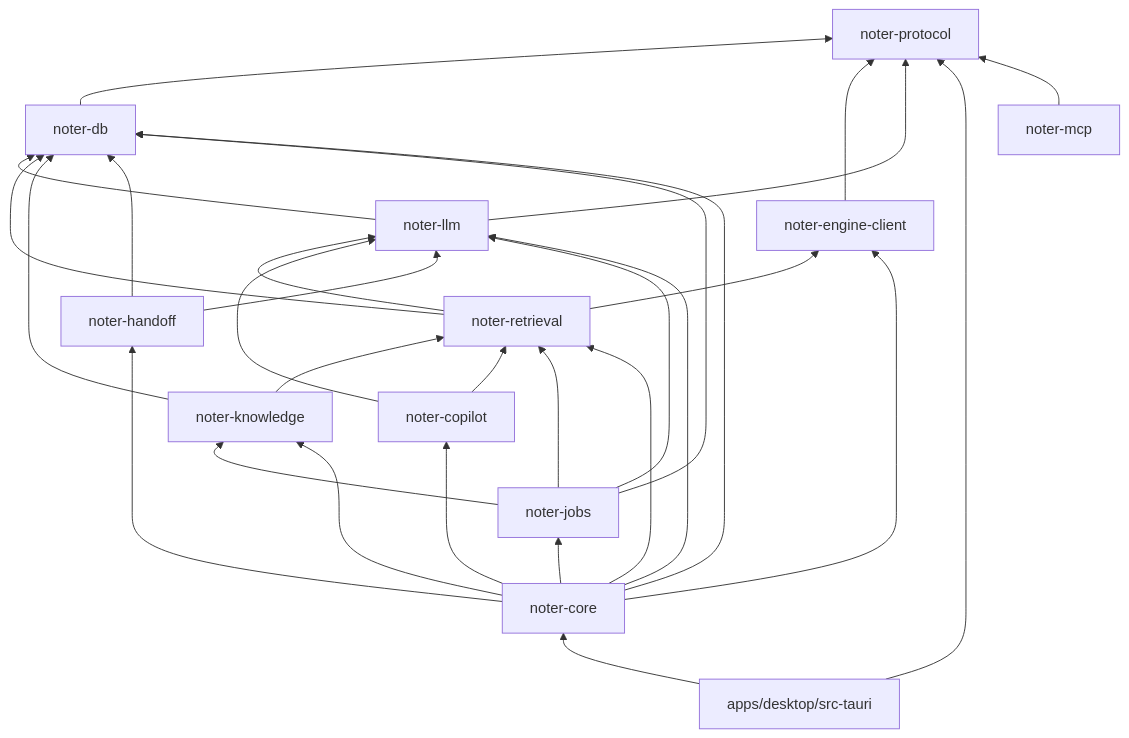
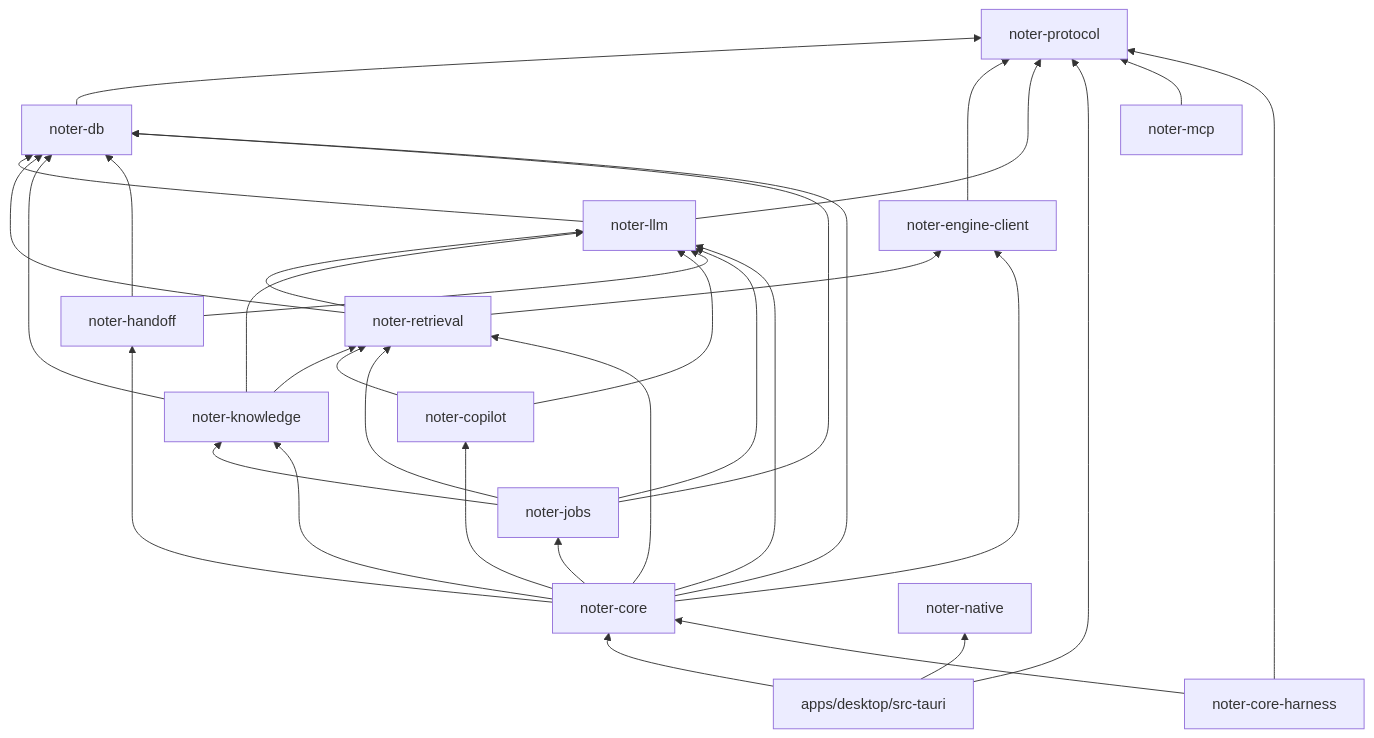
One commit to getahead/noter changed the third of 13 diagrams in docs/DESIGN-core.md. Above: the diagram before and after it, drawn with Mermaid. The commit also changed other lines of this file and 81 other files, not shown here.

````diff
--- a/docs/DESIGN-core.md
+++ b/docs/DESIGN-core.md
@@ -1346,16 +1469,18 @@
 ```mermaid
 flowchart BT
     proto["noter-protocol"]
     db["noter-db"] --> proto
     eng["noter-engine-client"] --> proto
     llm["noter-llm"] --> proto
     llm --> db
     ret["noter-retrieval"] --> db & eng & llm
-    kn["noter-knowledge"] --> db & ret
+    kn["noter-knowledge"] --> db & ret & llm
     cop["noter-copilot"] --> llm & ret
     ho["noter-handoff"] --> llm & db
     jobs["noter-jobs"] --> db & llm & ret & kn
     core["noter-core"] --> db & eng & llm & ret & kn & cop & ho & jobs
-    tauri["apps/desktop/src-tauri"] --> core & proto
+    native["noter-native"]
+    tauri["apps/desktop/src-tauri"] --> core & proto & native
     mcp["noter-mcp"] --> proto
+    harness["noter-core-harness"] --> core & proto
 ```
````
